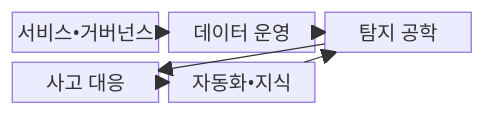
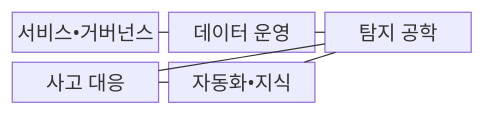
The first of 2 diagrams in src/content/docs/notes/05-security/034_security_operations_center.md (agnusdei1207/knowledge-base), drawn with Mermaid before and after one commit. The commit also changed other lines of this file and 493 other files, not shown here.

````diff
--- a/src/content/docs/notes/05-security/034_security_operations_center.md
+++ b/src/content/docs/notes/05-security/034_security_operations_center.md
@@ -66,14 +66,14 @@
 ```mermaid
-block
+block-beta
   columns 3
   A["서비스•거버넌스"]
   B["데이터 운영"]
   C["탐지 공학"]
   D["사고 대응"]
   E["자동화•지식"]
-    A --> B
-    B --> C
-    C --> D
-    E --> C
-    E --> D
+    A --- B
+    B --- C
+    C --- D
+    E --- C
+    E --- D
 ```
````
